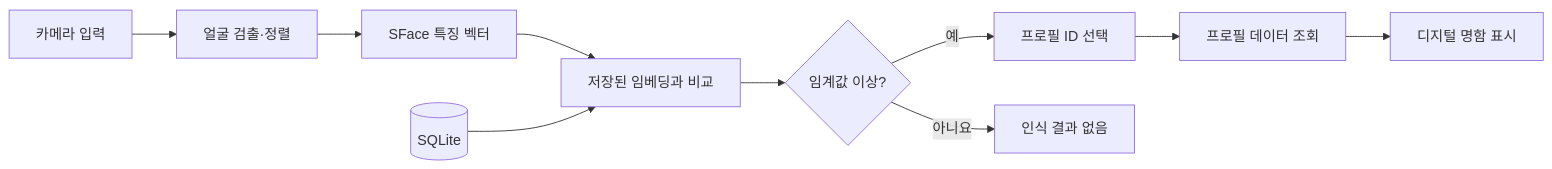
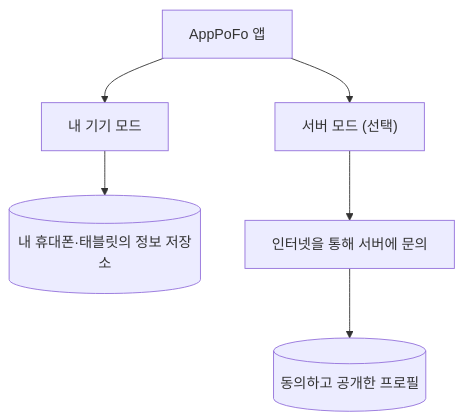
Before and after one commit to SkyBluekor/APPPOFO-PUBLIC: the third of 3 diagrams in Docs/ARCHITECTURE.md, drawn with Mermaid. The commit also changed other lines of this file and 5 other files, not shown here.

````diff
--- a/Docs/ARCHITECTURE.md
+++ b/Docs/ARCHITECTURE.md
@@ -58,12 +36,9 @@
 ```mermaid
-flowchart LR
-    A["카메라 입력"] --> B["얼굴 검출·정렬"]
-    B --> C["SFace 특징 벡터"]
-    C --> D["저장된 임베딩과 비교"]
-    E[("SQLite")] --> D
-    D --> F{"임계값 이상?"}
-    F -->|"예"| G["프로필 ID 선택"]
-    G --> H["프로필 데이터 조회"]
-    H --> I["디지털 명함 표시"]
-    F -->|"아니요"| J["인식 결과 없음"]
+flowchart TD
+  U["AppPoFo 앱"]
+  U --> A["내 기기 모드"]
+  U --> B["서버 모드 (선택)"]
+  A --> C[("내 휴대폰·태블릿의 정보 저장소")]
+  B --> D["인터넷을 통해 서버에 문의"]
+  D --> E[("동의하고 공개한 프로필")]
 ```
````
